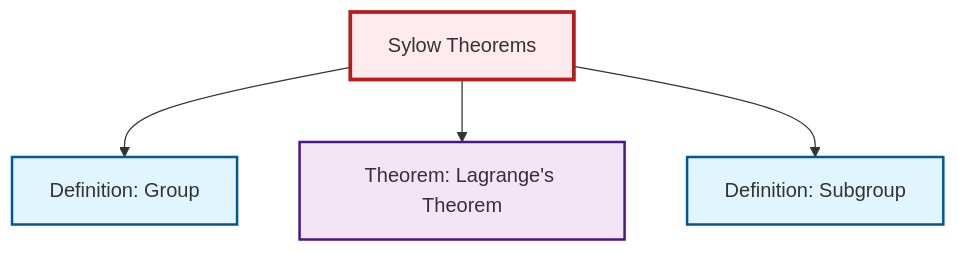
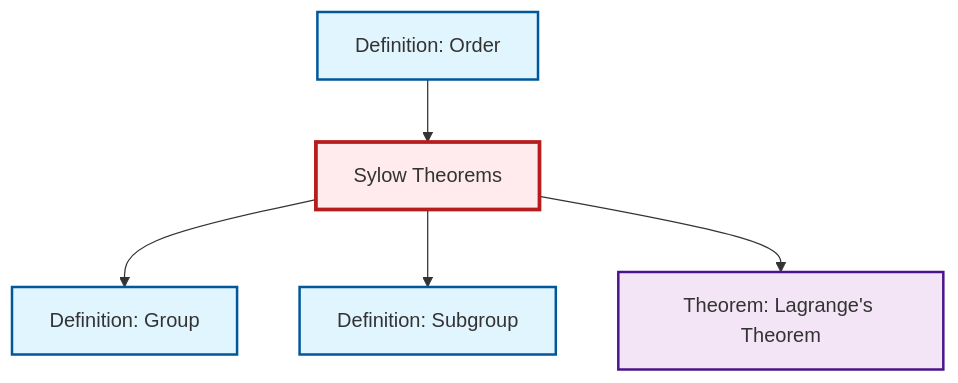
Before and after one commit to RK0429/ModernMath: the diagram in content/ja/algebra/thm-sylow.qmd, drawn with Mermaid. The commit also changed other lines of this file and 36 other files, not shown here.

````diff
--- a/content/ja/algebra/thm-sylow.qmd
+++ b/content/ja/algebra/thm-sylow.qmd
@@ -84,20 +86,23 @@
 ```{mermaid}
 %%| fig-cap: "Local dependency graph"
 graph TD
     classDef definition fill:#e1f5fe,stroke:#01579b,stroke-width:2px
     classDef theorem fill:#f3e5f5,stroke:#4a148c,stroke-width:2px
     classDef axiom fill:#fff3e0,stroke:#e65100,stroke-width:2px
     classDef example fill:#e8f5e9,stroke:#1b5e20,stroke-width:2px
     classDef current fill:#ffebee,stroke:#b71c1c,stroke-width:3px
     def-group["Definition: Group"]:::definition
-    def-subgroup["Definition: Subgroup"]:::definition
     thm-sylow["Sylow Theorems"]:::theorem
     thm-lagrange["Theorem: Lagrange's Theorem"]:::theorem
+    def-subgroup["Definition: Subgroup"]:::definition
+    def-order["Definition: Order"]:::definition
     thm-sylow --> def-group
+    thm-sylow --> def-subgroup
+    def-order --> thm-sylow
     thm-sylow --> thm-lagrange
-    thm-sylow --> def-subgroup
     class thm-sylow current
     click def-group "def-group.html" "Definition: Groupへ"
+    click thm-lagrange "thm-lagrange.html" "Theorem: Lagrange's Theoremへ"
     click def-subgroup "def-subgroup.html" "Definition: Subgroupへ"
-    click thm-lagrange "thm-lagrange.html" "Theorem: Lagrange's Theoremへ"
+    click def-order "def-order.html" "Definition: Orderへ"
 ```
````
